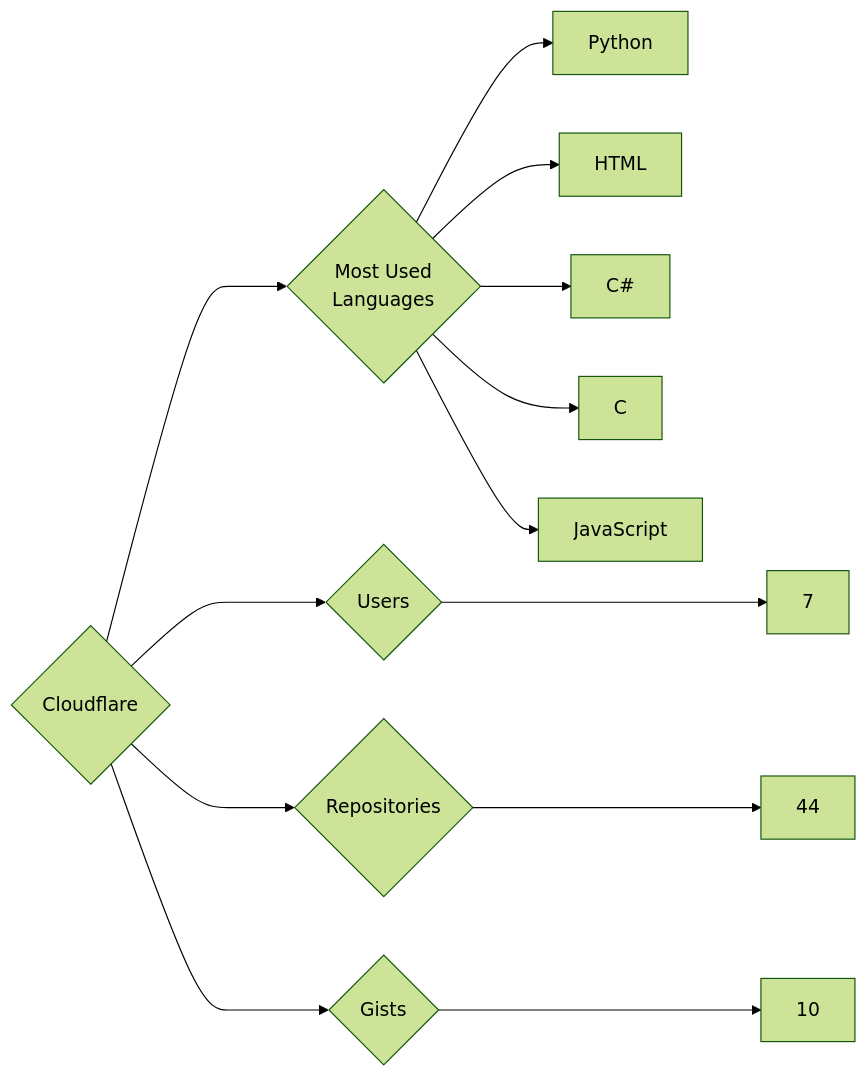
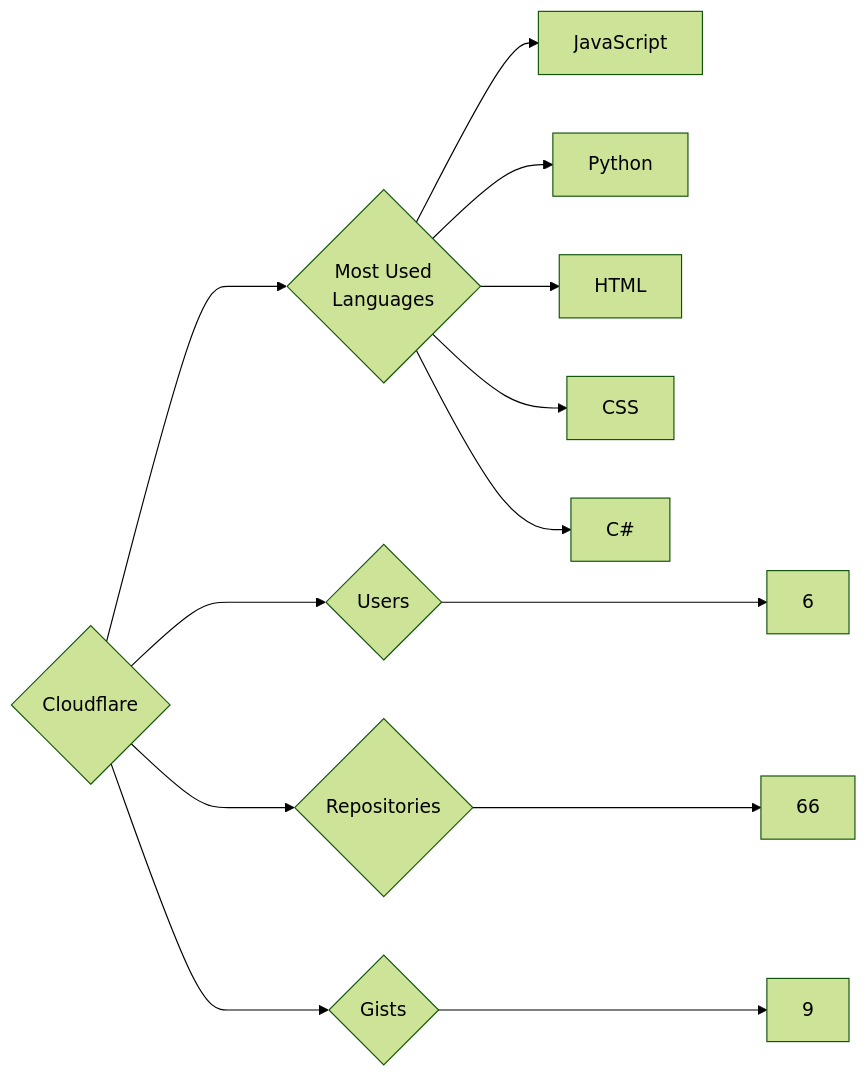
The diagram in targets/Cloudflare/README.md (trickest/insiders), drawn with Mermaid (forest theme) before and after one commit. The commit also changed 912 other files, not shown here.

````diff
--- a/targets/Cloudflare/README.md
+++ b/targets/Cloudflare/README.md
@@ -3,13 +3,13 @@
 ```mermaid
 graph LR
 COMPANY_NAME{Cloudflare}
-COMPANY_NAME ---> U{Users} ---> UN[7]
-COMPANY_NAME ---> R{Repositories} ---> RN[44]
-COMPANY_NAME ---> G{Gists} ---> GN[10]
+COMPANY_NAME ---> U{Users} ---> UN[6]
+COMPANY_NAME ---> R{Repositories} ---> RN[66]
+COMPANY_NAME ---> G{Gists} ---> GN[9]
 COMPANY_NAME ---> ML{Most Used<br>Languages}
+ML --> JavaScript[JavaScript]
 ML --> Python[Python]
 ML --> HTML[HTML]
+ML --> CSS[CSS]
 ML --> C#[C#]
-ML --> C[C]
-ML --> JavaScript[JavaScript]
 ```
````
